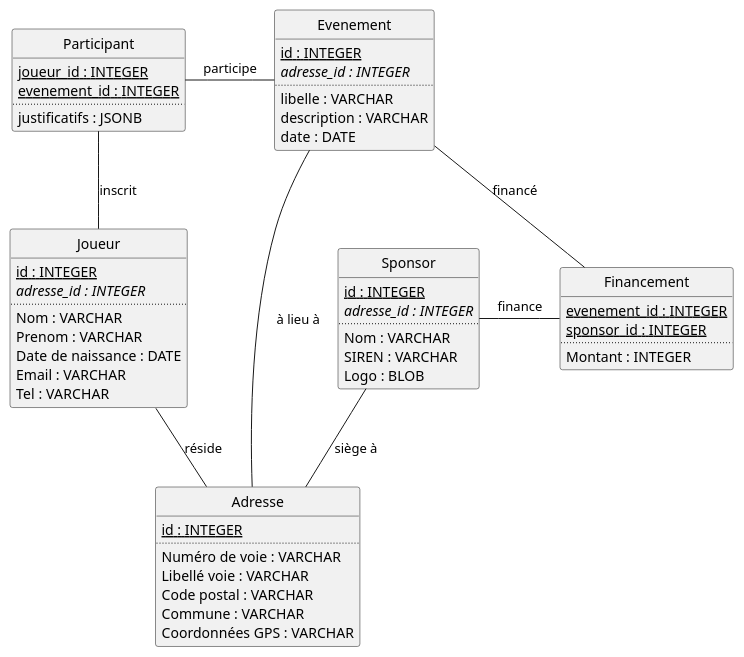
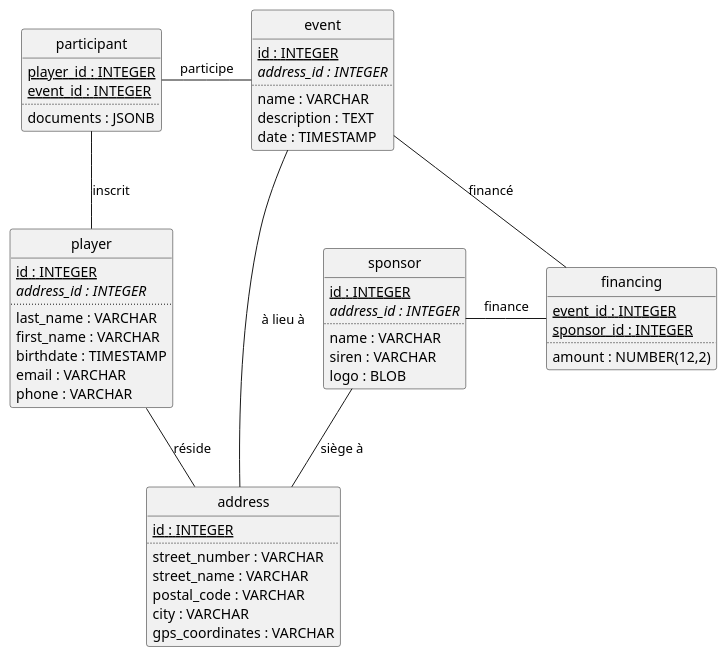
One commit to nicolasguilhem/PostgreSQL-Anonymizer-Demo changed the diagram in doc/database_schema.puml. Above: the diagram before and after it, drawn with PlantUML. The commit also changed 7 other files, not shown here.

```diff
--- a/doc/database_schema.puml
+++ b/doc/database_schema.puml
@@ -1,65 +1,65 @@
-@startuml
+@startuml database_schema
 hide circle
 
-class Joueur {
+class player {
   {static} id : INTEGER
-  {abstract} adresse_id : INTEGER
+  {abstract} address_id : INTEGER
   ..
-  Nom : VARCHAR
-  Prenom : VARCHAR
-  Date de naissance : DATE
-  Email : VARCHAR
-  Tel : VARCHAR
+  last_name : VARCHAR
+  first_name : VARCHAR
+  birthdate : TIMESTAMP
+  email : VARCHAR
+  phone : VARCHAR
 }
 
-class Evenement {
+class event {
   {static} id : INTEGER
-  {abstract} adresse_id : INTEGER
+  {abstract} address_id : INTEGER
   ..
-  libelle : VARCHAR
-  description : VARCHAR
-  date : DATE
+  name : VARCHAR
+  description : TEXT
+  date : TIMESTAMP
 }
 
-class Participant {
-  {static} joueur_id : INTEGER
-  {static} evenement_id : INTEGER
+class participant {
+  {static} player_id : INTEGER
+  {static} event_id : INTEGER
   ..
-  justificatifs : JSONB
+  documents : JSONB
 }
 
-class Sponsor {
+class sponsor {
   {static} id : INTEGER
-  {abstract} adresse_id : INTEGER
+  {abstract} address_id : INTEGER
   ..
-  Nom : VARCHAR
-  SIREN : VARCHAR
-  Logo : BLOB
+  name : VARCHAR
+  siren : VARCHAR
+  logo : BLOB
 }
 
-class Financement {
-  {static} evenement_id : INTEGER
+class financing {
+  {static} event_id : INTEGER
   {static} sponsor_id : INTEGER
   ..
-  Montant : INTEGER
+  amount : NUMBER(12,2)
 }
 
-class Adresse {
+class address {
   {static} id : INTEGER
   ..
-  Numéro de voie : VARCHAR
-  Libellé voie : VARCHAR
-  Code postal : VARCHAR
-  Commune : VARCHAR
-  Coordonnées GPS : VARCHAR
+  street_number : VARCHAR
+  street_name : VARCHAR
+  postal_code : VARCHAR
+  city : VARCHAR
+  gps_coordinates : VARCHAR
 }
 
-Joueur -up- Participant : inscrit
-Participant -right- Evenement : participe
-Evenement -- Financement : financé
-Sponsor -right- Financement : finance
-Joueur -- Adresse : réside
-Evenement -- Adresse : à lieu à
-Sponsor -- Adresse : siège à
+player -up- participant : inscrit
+participant -right- event : participe
+event -- financing : financé
+sponsor -right- financing : finance
+player -- address : réside
+event -- address : à lieu à
+sponsor -- address : siège à
 
 @enduml
```
